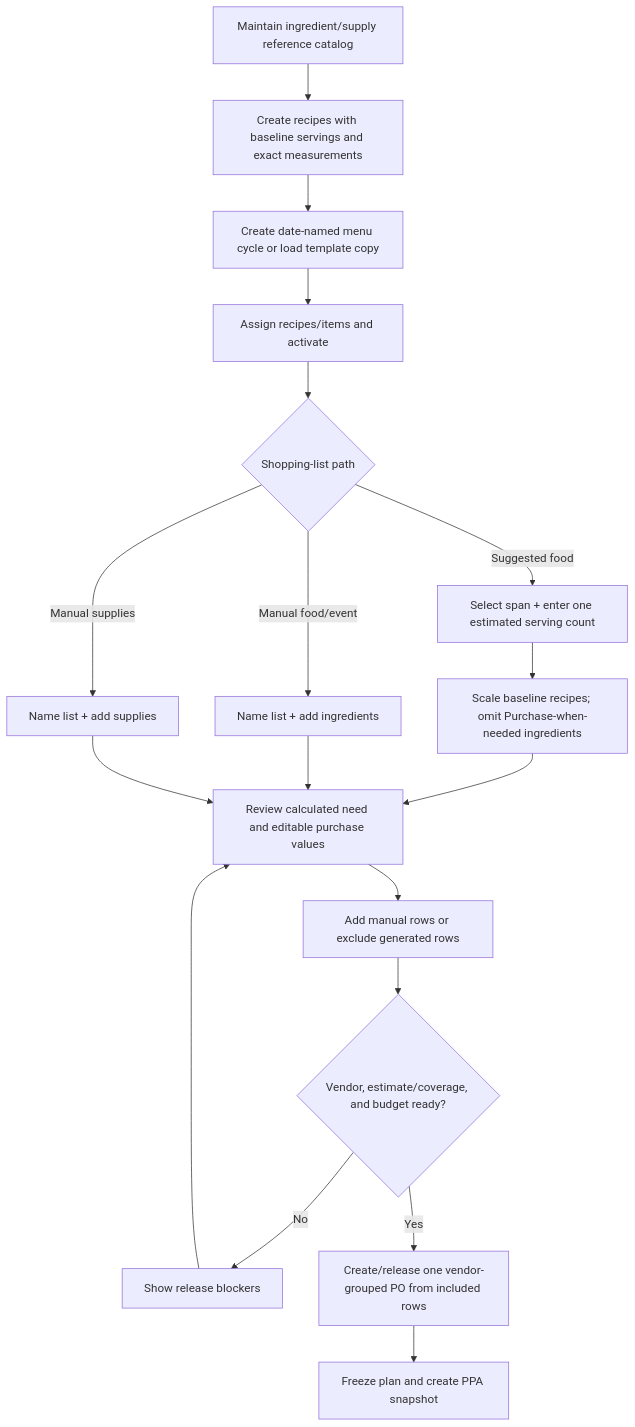
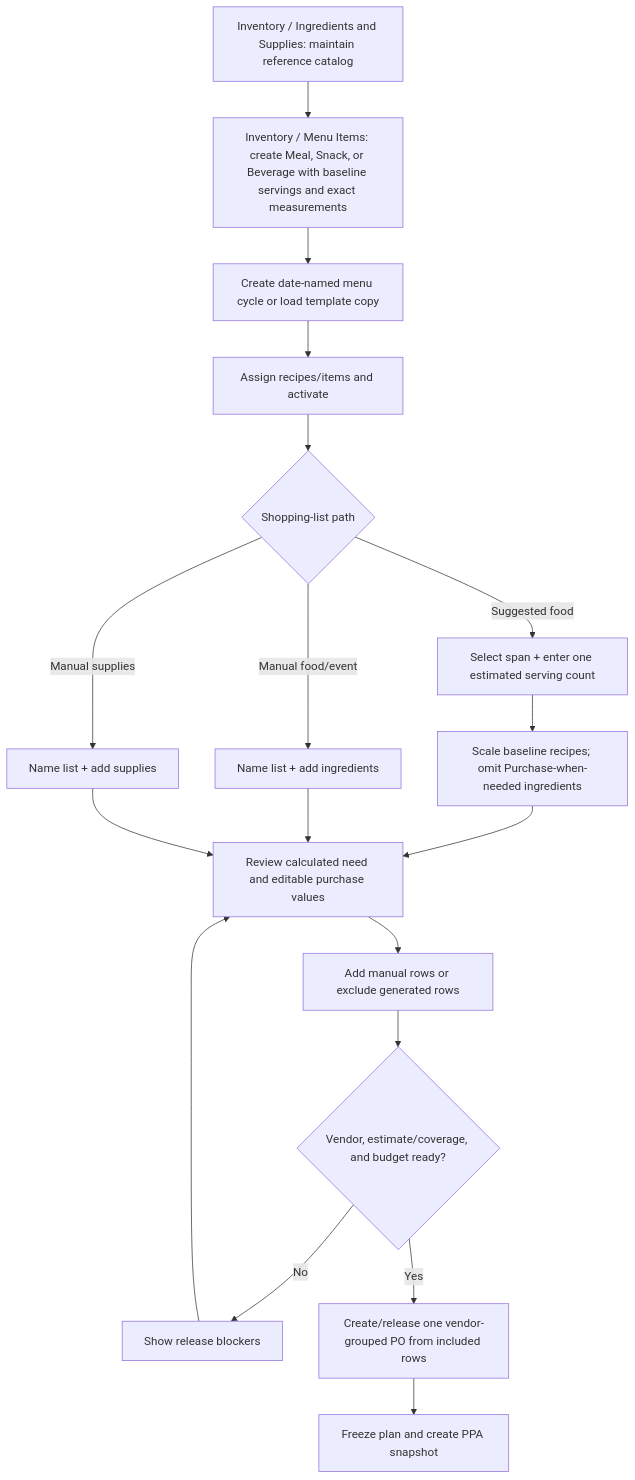
Before and after one commit to ja2gc/Nutriscope: the fifth of 9 diagrams in docs/module-workflow-flowchart.md, drawn with Mermaid. The commit also changed other lines of this file and 48 other files, not shown here.

````diff
--- a/docs/module-workflow-flowchart.md
+++ b/docs/module-workflow-flowchart.md
@@ -170,20 +170,20 @@
 ```mermaid
 flowchart TD
-    A["Maintain ingredient/supply reference catalog"] --> B["Create recipes with baseline servings and exact measurements"]
+    A["Inventory / Ingredients and Supplies: maintain reference catalog"] --> B["Inventory / Menu Items: create Meal, Snack, or Beverage with baseline servings and exact measurements"]
     B --> C["Create date-named menu cycle or load template copy"]
     C --> D["Assign recipes/items and activate"]
     D --> E{"Shopping-list path"}
     E -->|"Suggested food"| F["Select span + enter one estimated serving count"]
     E -->|"Manual food/event"| G["Name list + add ingredients"]
     E -->|"Manual supplies"| H["Name list + add supplies"]
     F --> I["Scale baseline recipes; omit Purchase-when-needed ingredients"]
     I --> J["Review calculated need and editable purchase values"]
     G --> J
     H --> J
     J --> K["Add manual rows or exclude generated rows"]
     K --> L{"Vendor, estimate/coverage, and budget ready?"}
     L -->|"No"| M["Show release blockers"]
     M --> J
     L -->|"Yes"| N["Create/release one vendor-grouped PO from included rows"]
     N --> O["Freeze plan and create PPA snapshot"]
 ```
````
